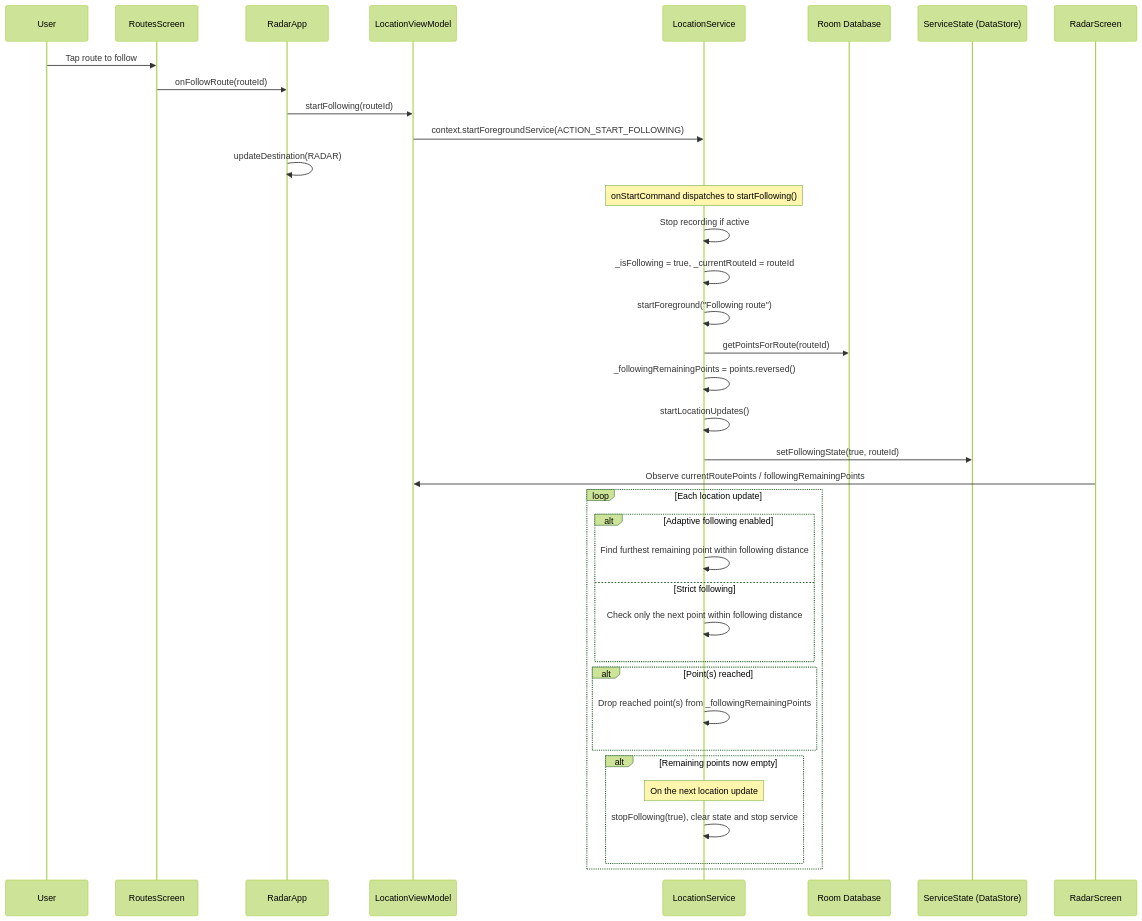
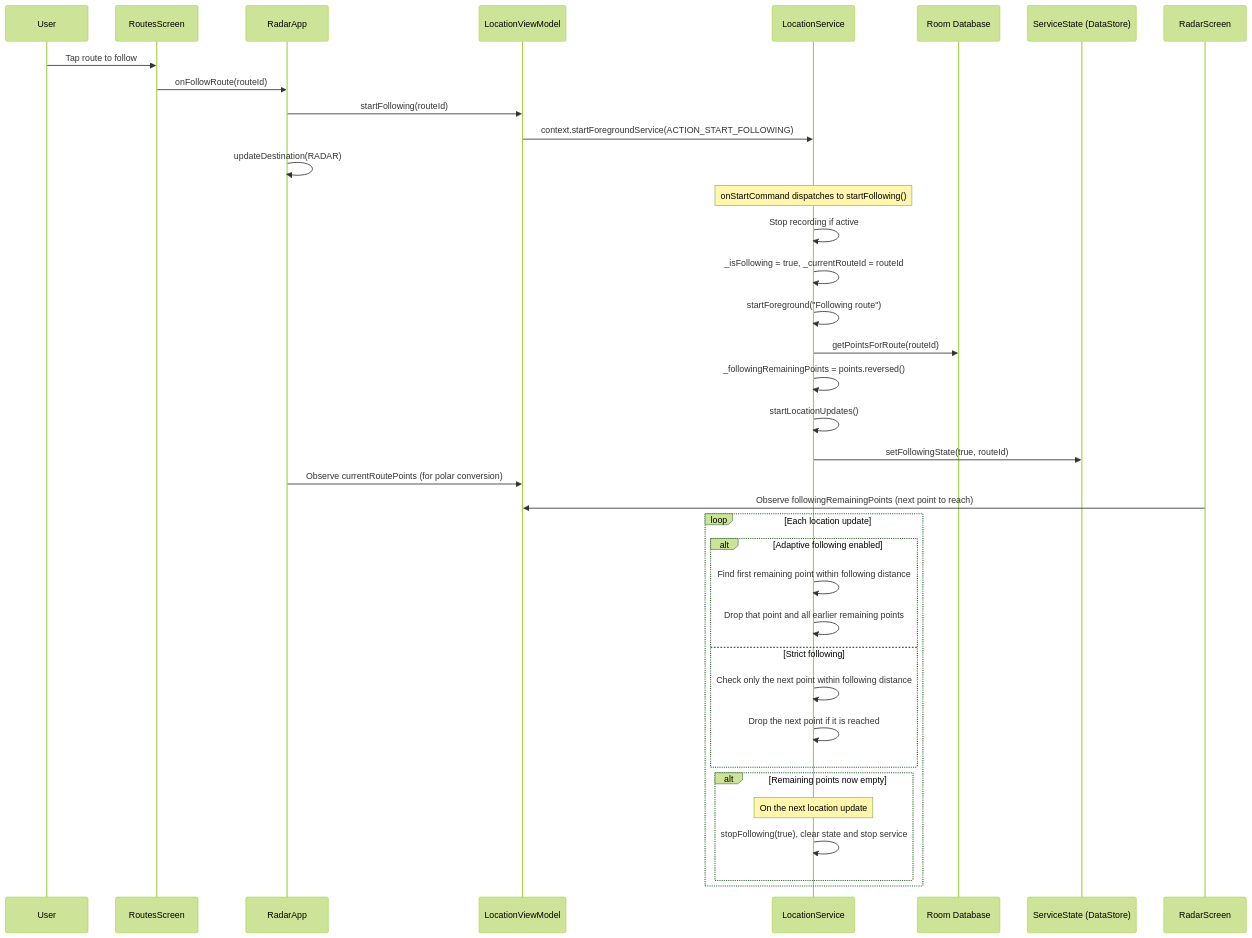
The fourth of 7 diagrams in docs/architecture/data-flow.md (ameraldo/Radar), drawn with Mermaid (forest theme) before and after one commit. The commit also changed other lines of this file and 30 other files, not shown here.

````diff
--- a/docs/architecture/data-flow.md
+++ b/docs/architecture/data-flow.md
@@ -113,41 +125,41 @@
 ```mermaid
 sequenceDiagram
     participant User
     participant UI as RoutesScreen
     participant App as RadarApp
     participant VM as LocationViewModel
     participant Service as LocationService
     participant Room as Room Database
     participant State as ServiceState (DataStore)
     participant Radar as RadarScreen
 
     User->>UI: Tap route to follow
     UI->>App: onFollowRoute(routeId)
     App->>VM: startFollowing(routeId)
     VM->>Service: context.startForegroundService(ACTION_START_FOLLOWING)
     App->>App: updateDestination(RADAR)
     Note over Service: onStartCommand dispatches to startFollowing()
     Service->>Service: Stop recording if active
     Service->>Service: _isFollowing = true, _currentRouteId = routeId
     Service->>Service: startForeground("Following route")
     Service->>Room: getPointsForRoute(routeId)
     Service->>Service: _followingRemainingPoints = points.reversed()
     Service->>Service: startLocationUpdates()
     Service->>State: setFollowingState(true, routeId)
-    Radar->>VM: Observe currentRoutePoints / followingRemainingPoints
+    App->>VM: Observe currentRoutePoints (for polar conversion)
+    Radar->>VM: Observe followingRemainingPoints (next point to reach)
 
     loop Each location update
         alt Adaptive following enabled
-            Service->>Service: Find furthest remaining point within following distance
+            Service->>Service: Find first remaining point within following distance
+            Service->>Service: Drop that point and all earlier remaining points
         else Strict following
             Service->>Service: Check only the next point within following distance
-        end
-        alt Point(s) reached
-            Service->>Service: Drop reached point(s) from _followingRemainingPoints
+            Service->>Service: Drop the next point if it is reached
         end
         alt Remaining points now empty
             Note over Service: On the next location update
             Service->>Service: stopFollowing(true), clear state and stop service
         end
     end
 ```
````
